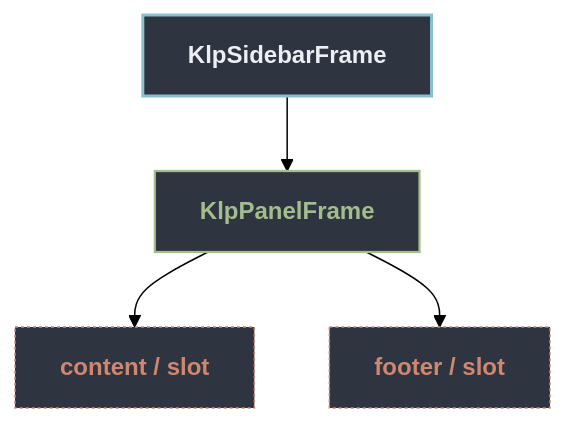
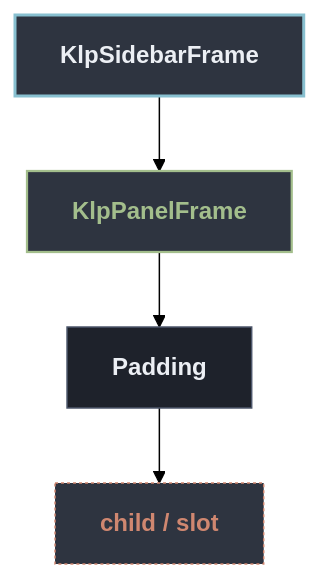
One commit to MiuDog/Kallopis changed the diagram in docs/architecture/components/shell/klp_sidebar_frame.md. Above: the diagram before and after it, drawn with Mermaid (forest theme). The commit also changed other lines of this file and 1105 other files, not shown here.

Commit message:
refactor: establish semantic design architecture

````diff
--- a/docs/architecture/components/shell/klp_sidebar_frame.md
+++ b/docs/architecture/components/shell/klp_sidebar_frame.md
@@ -13,16 +13,16 @@
 ```mermaid
 flowchart TD
   classDef default fill:#1E222B,stroke:#4C566A,stroke-width:1px,color:#ECEFF4;
   classDef root fill:#2E3440,stroke:#88C0D0,stroke-width:2px,color:#ECEFF4,font-weight:bold;
   classDef reference fill:#3B4252,stroke:#EBCB8B,stroke-width:1.5px,stroke-dasharray: 4 3,color:#EBCB8B;
   classDef container fill:#2E3440,stroke:#A3BE8C,stroke-width:1.5px,color:#A3BE8C;
   classDef slot fill:#2E3440,stroke:#D08770,stroke-width:1px,stroke-dasharray: 2 2,color:#D08770;
 
   root["KlpSidebarFrame"]:::root
   n1["KlpPanelFrame"]:::container
   root --> n1
-  n2["content / slot"]:::slot
+  n2["Padding"]
   n1 --> n2
-  n3["footer / slot"]:::slot
-  n1 --> n3
+  n3["child / slot"]:::slot
+  n2 --> n3
 ```
````
